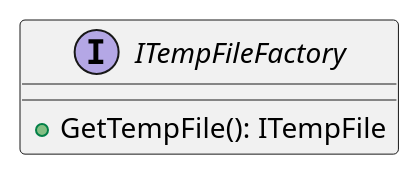
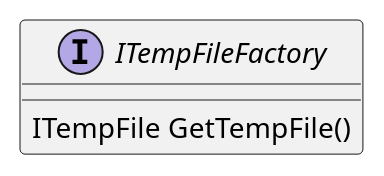
Before and after one commit to mwwhited-forks/dotnet-libs: the fourth of 5 diagrams in docs/generated/Framework/Eliassen.System.Abstractions/IO/Documentation.md, drawn with PlantUML. The commit also changed other lines of this file and 444 other files, not shown here.

````diff
--- a/docs/generated/Framework/Eliassen.System.Abstractions/IO/Documentation.md
+++ b/docs/generated/Framework/Eliassen.System.Abstractions/IO/Documentation.md
@@ -75,8 +116,7 @@
 ```plantuml
 @startuml
 interface ITempFileFactory {
-  + GetTempFile(): ITempFile
+  ITempFile GetTempFile()
 }
-
 @enduml
 ```
````
